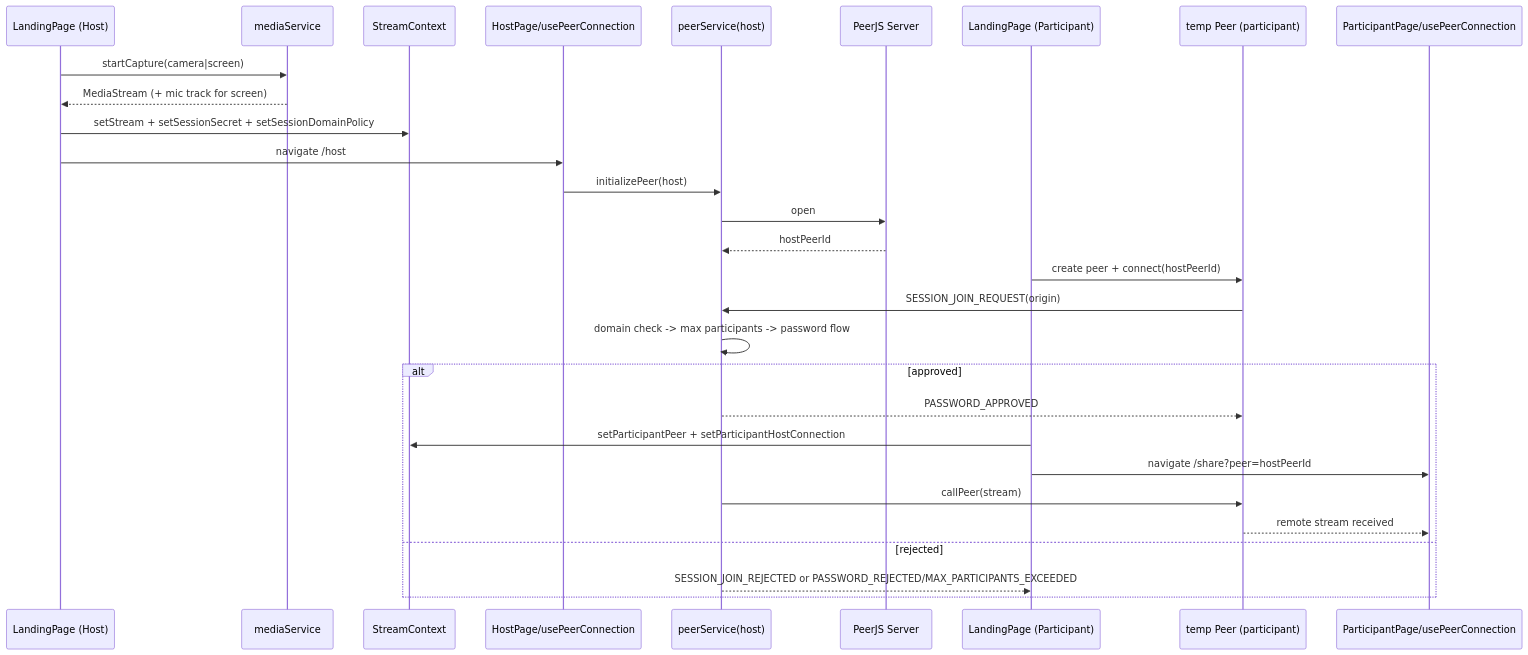
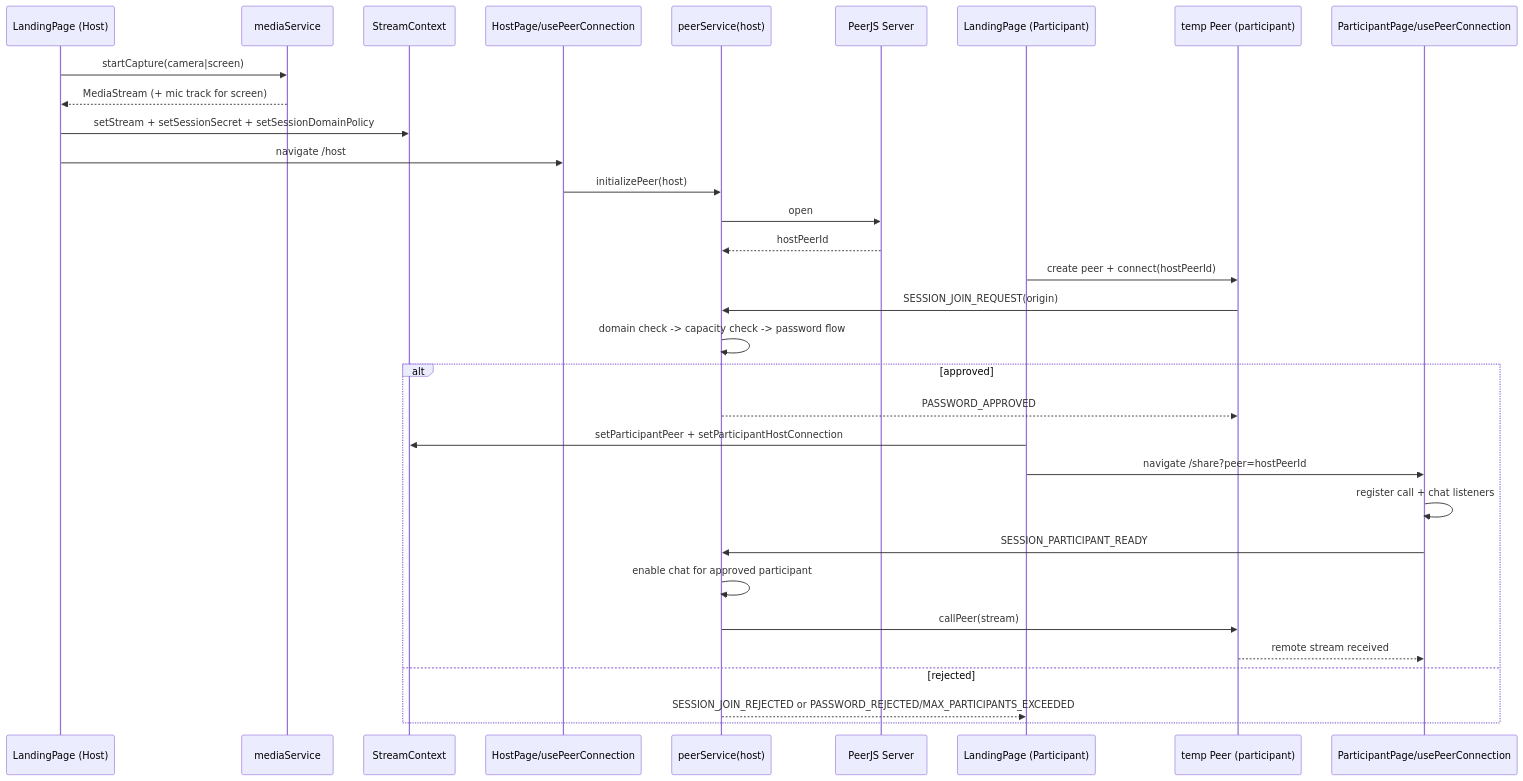
One commit to BackGwa/Perspective changed the second of 5 diagrams in ARCHITECTURE.md. Above: the diagram before and after it, drawn with Mermaid. The commit also changed other lines of this file, not shown here.

Commit message:
docs(architecture): reflect hardened session and media flows

````diff
--- a/ARCHITECTURE.md
+++ b/ARCHITECTURE.md
@@ -26,33 +26,36 @@
 ```mermaid
 sequenceDiagram
     participant L as LandingPage (Host)
     participant M as mediaService
     participant S as StreamContext
     participant H as HostPage/usePeerConnection
     participant P as peerService(host)
     participant J as PeerJS Server
     participant PL as LandingPage (Participant)
     participant TP as temp Peer (participant)
     participant PP as ParticipantPage/usePeerConnection
 
     L->>M: startCapture(camera|screen)
     M-->>L: MediaStream (+ mic track for screen)
     L->>S: setStream + setSessionSecret + setSessionDomainPolicy
     L->>H: navigate /host
     H->>P: initializePeer(host)
     P->>J: open
     J-->>P: hostPeerId
 
     PL->>TP: create peer + connect(hostPeerId)
     TP->>P: SESSION_JOIN_REQUEST(origin)
-    P->>P: domain check -> max participants -> password flow
+    P->>P: domain check -> capacity check -> password flow
     alt approved
         P-->>TP: PASSWORD_APPROVED
         PL->>S: setParticipantPeer + setParticipantHostConnection
         PL->>PP: navigate /share?peer=hostPeerId
+        PP->>PP: register call + chat listeners
+        PP->>P: SESSION_PARTICIPANT_READY
+        P->>P: enable chat for approved participant
         P->>TP: callPeer(stream)
         TP-->>PP: remote stream received
     else rejected
         P-->>PL: SESSION_JOIN_REJECTED or PASSWORD_REJECTED/MAX_PARTICIPANTS_EXCEEDED
     end
 ```
````
